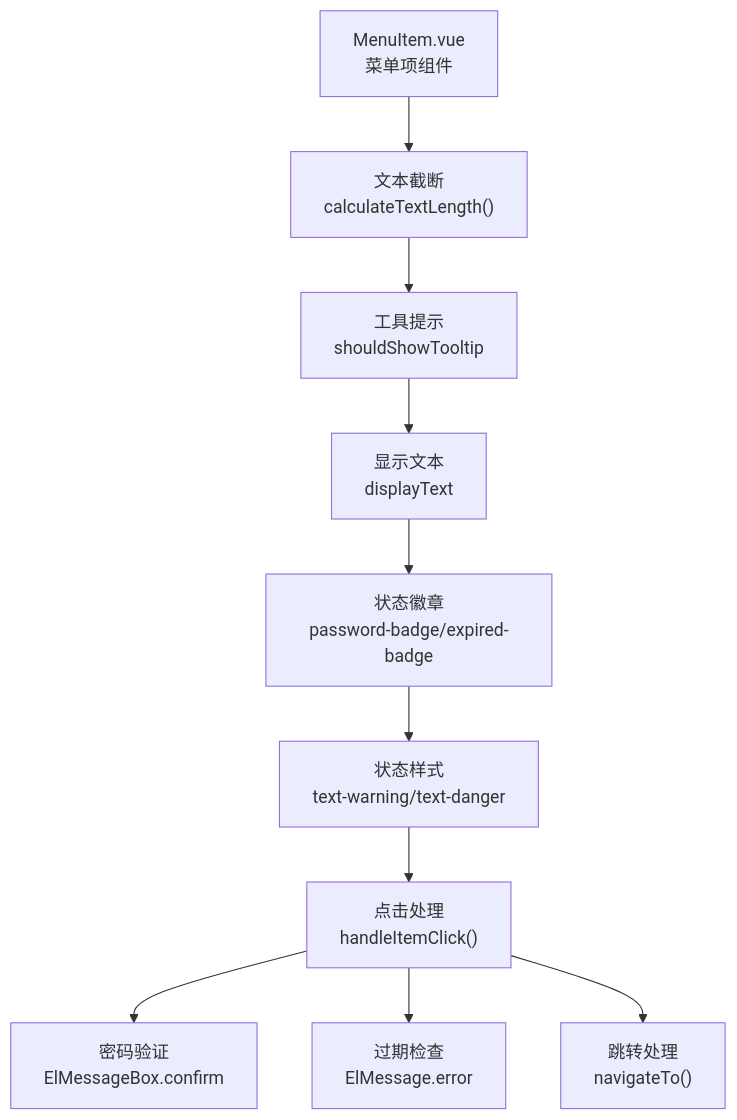
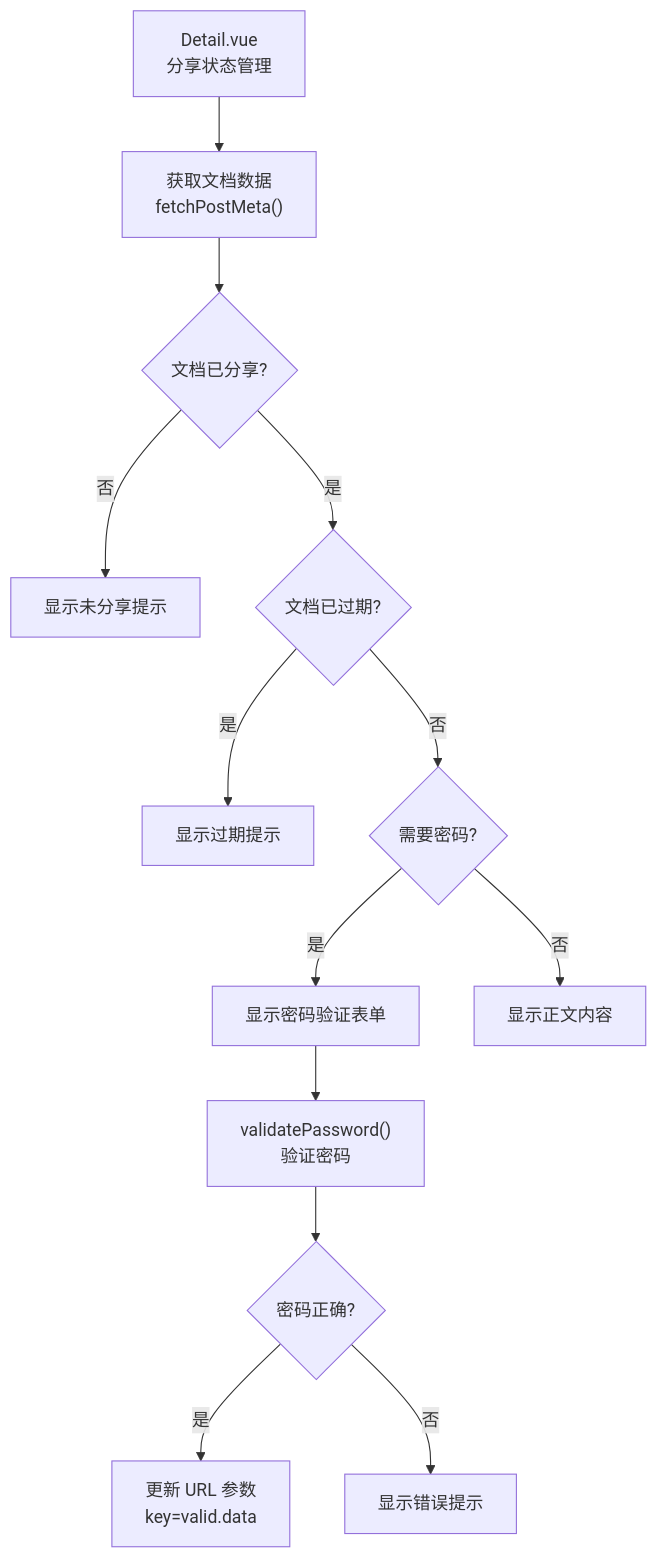
Before and after one commit to terwer/siyuan-plugin-blog: the ninth of 17 diagrams in .qoder/repowiki/zh/content/核心功能/UI 组件系统/UI 组件系统.md, drawn with Mermaid. The commit also changed other lines of this file and 31 other files, not shown here.

````diff
--- a/.qoder/repowiki/zh/content/核心功能/UI 组件系统/UI 组件系统.md
+++ b/.qoder/repowiki/zh/content/核心功能/UI 组件系统/UI 组件系统.md
@@ -688,12 +687,15 @@
 ```mermaid
 flowchart TD
-A["MenuItem.vue<br/>菜单项组件"] --> B["文本截断<br/>calculateTextLength()"]
-B --> C["工具提示<br/>shouldShowTooltip"]
-C --> D["显示文本<br/>displayText"]
-D --> E["状态徽章<br/>password-badge/expired-badge"]
-E --> F["状态样式<br/>text-warning/text-danger"]
-F --> G["点击处理<br/>handleItemClick()"]
-G --> H["密码验证<br/>ElMessageBox.confirm"]
-G --> I["过期检查<br/>ElMessage.error"]
-G --> J["跳转处理<br/>navigateTo()"]
+A["Detail.vue<br/>分享状态管理"] --> B["获取文档数据<br/>fetchPostMeta()"]
+B --> C{"文档已分享?"}
+C --> |否| D["显示未分享提示"]
+C --> |是| E{"文档已过期?"}
+E --> |是| F["显示过期提示"]
+E --> |否| G{"需要密码?"}
+G --> |是| H["显示密码验证表单"]
+G --> |否| I["显示正文内容"]
+H --> J["validatePassword()<br/>验证密码"]
+J --> K{"密码正确?"}
+K --> |是| L["更新 URL 参数<br/>key=valid.data"]
+K --> |否| M["显示错误提示"]
 ```
````
